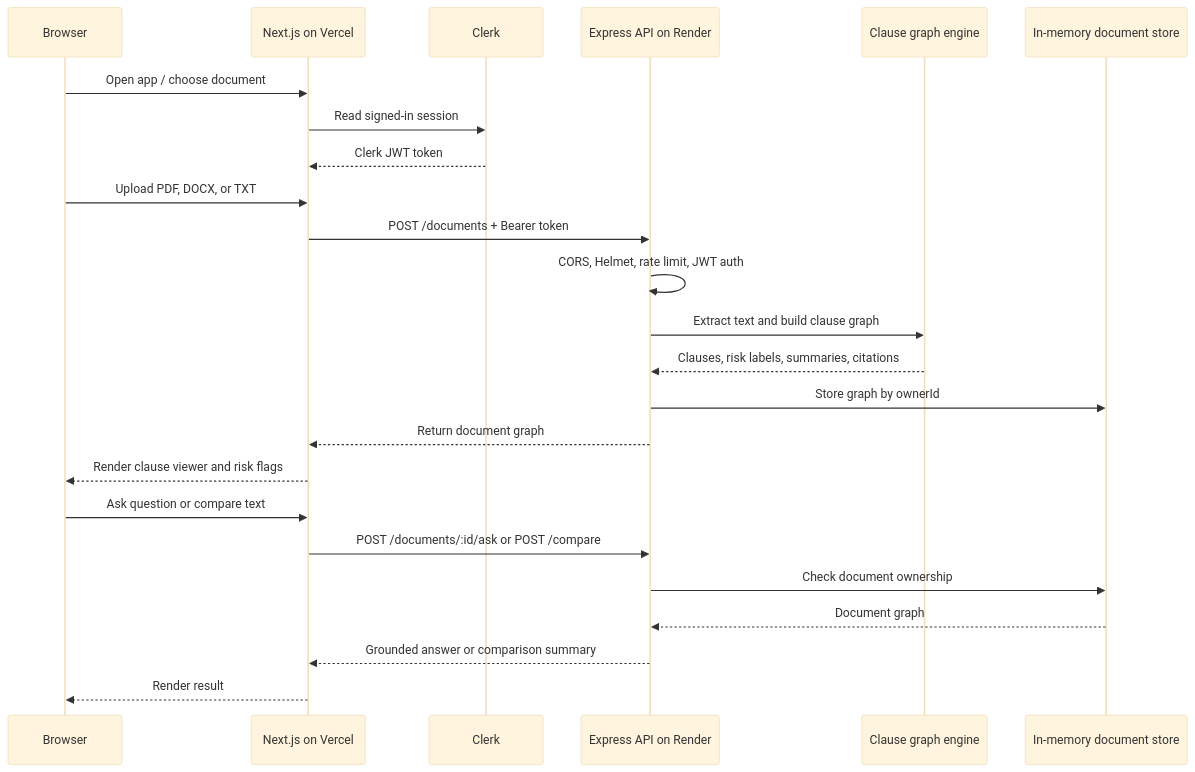
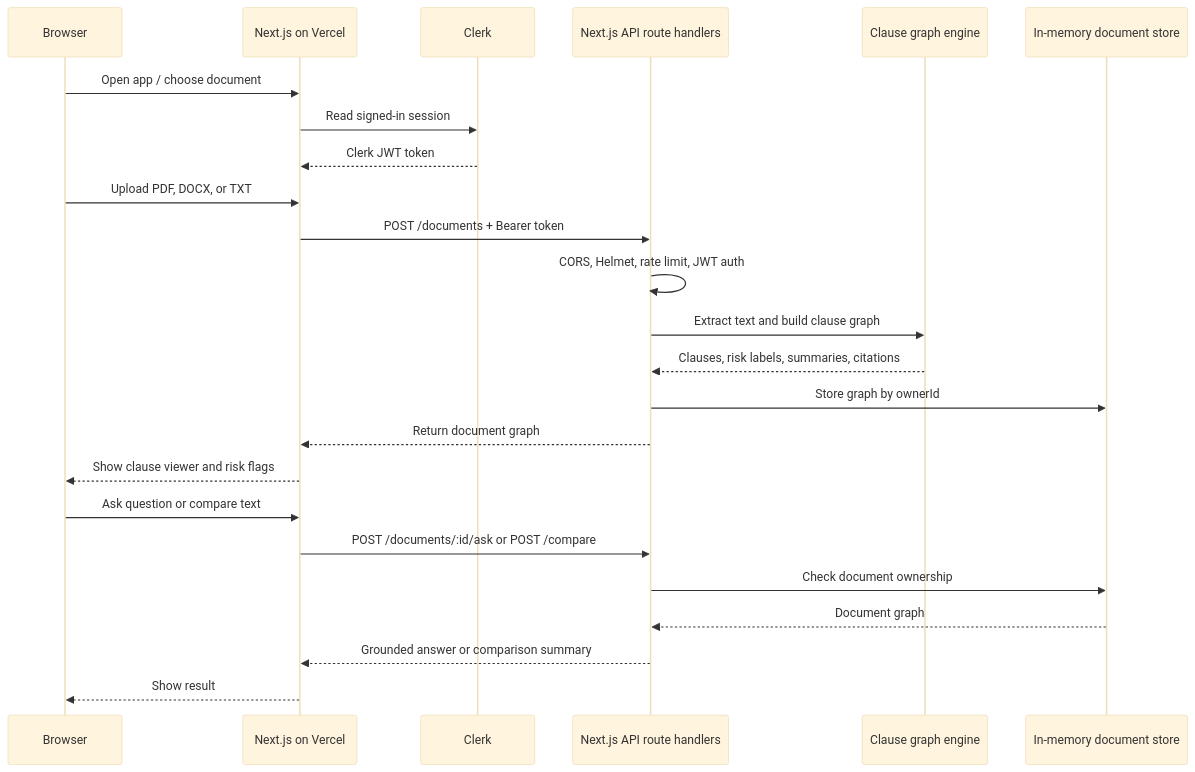
Before and after one commit to Amansingh0807/Murdock: the second of 4 diagrams in README.md, drawn with Mermaid (base theme). The commit also changed other lines of this file, not shown here.

Commit message:
docs: update unified Vercel architecture

````diff
--- a/README.md
+++ b/README.md
@@ -92,27 +91,27 @@
 ```mermaid
 sequenceDiagram
   participant U as Browser
   participant W as Next.js on Vercel
   participant C as Clerk
-  participant A as Express API on Render
+  participant A as Next.js API route handlers
   participant G as Clause graph engine
   participant S as In-memory document store
 
   U->>W: Open app / choose document
   W->>C: Read signed-in session
   C-->>W: Clerk JWT token
   U->>W: Upload PDF, DOCX, or TXT
   W->>A: POST /documents + Bearer token
   A->>A: CORS, Helmet, rate limit, JWT auth
   A->>G: Extract text and build clause graph
   G-->>A: Clauses, risk labels, summaries, citations
   A->>S: Store graph by ownerId
   A-->>W: Return document graph
-  W-->>U: Render clause viewer and risk flags
+  W-->>U: Show clause viewer and risk flags
   U->>W: Ask question or compare text
   W->>A: POST /documents/:id/ask or POST /compare
   A->>S: Check document ownership
   S-->>A: Document graph
   A-->>W: Grounded answer or comparison summary
-  W-->>U: Render result
+  W-->>U: Show result
 ```
````
